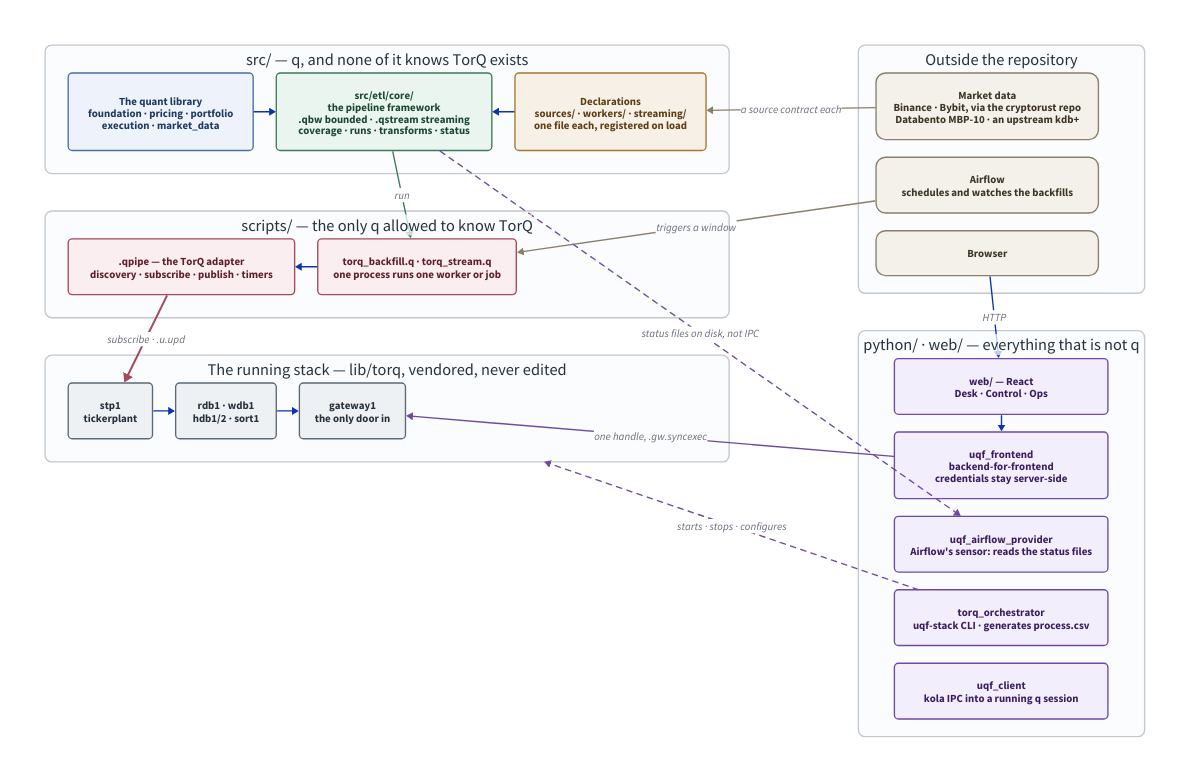
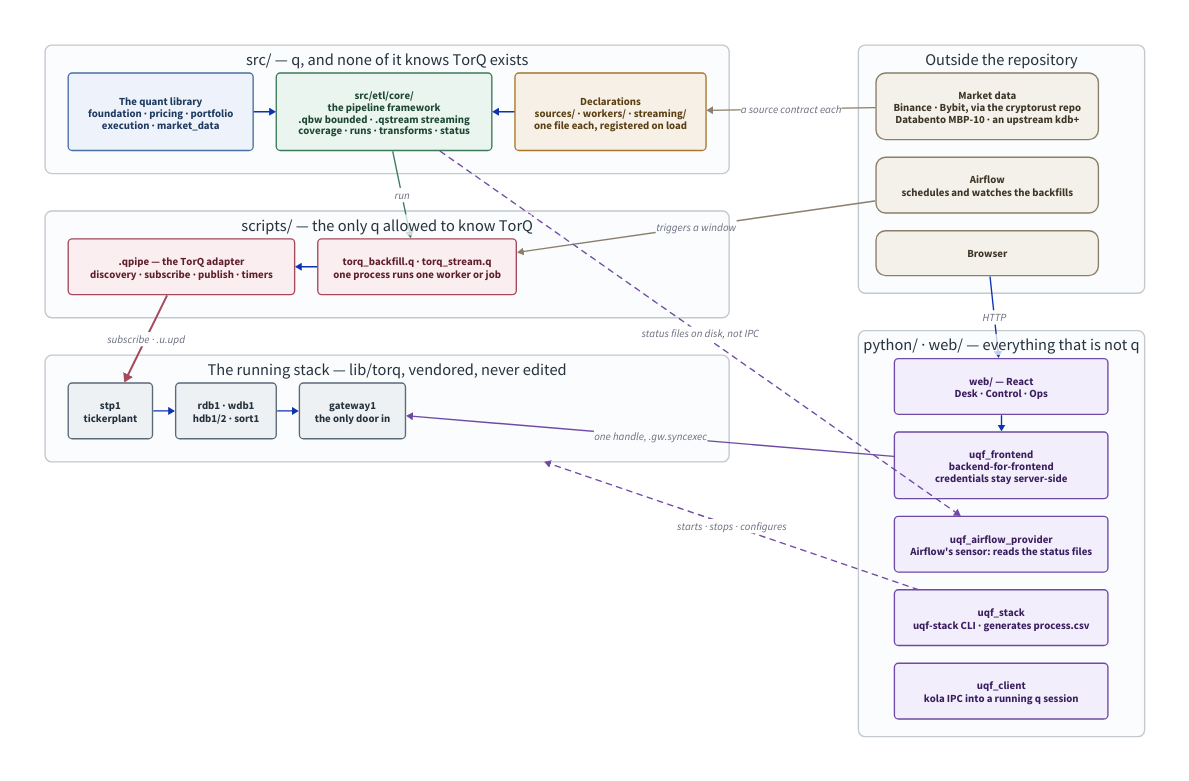
Before and after one commit to kwojdalski/uqf: the diagram in docs/diagrams/repo-overview.d2, drawn with D2. The commit also changed 160 other files, not shown here.

```diff
--- a/docs/diagrams/repo-overview.d2
+++ b/docs/diagrams/repo-overview.d2
@@ -212,7 +212,7 @@
     web: "web/ — React\nDesk · Control · Ops" { class: py }
     bff: "uqf_frontend\nbackend-for-frontend\ncredentials stay server-side" { class: py }
     provider: "uqf_airflow_provider\nAirflow's sensor: reads the status files" { class: py }
-    orch: "torq_orchestrator\nuqf-stack CLI · generates process.csv" { class: py }
+    orch: "uqf_stack\nuqf-stack CLI · generates process.csv" { class: py }
     client: "uqf_client\nkola IPC into a running q session" { class: py }
   }
 
```
